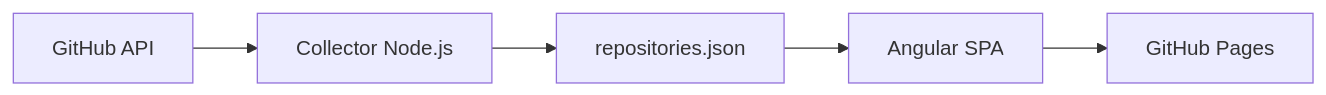
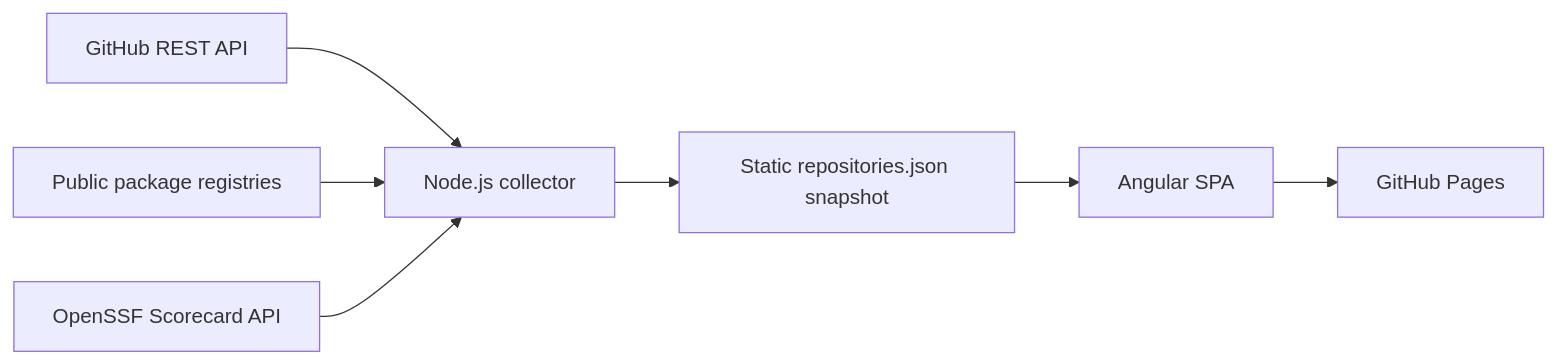
One commit to rodri-oliveira-dev/repo-status-dashboard changed the diagram in README.md. Above: the diagram before and after it, drawn with Mermaid. The commit also changed other lines of this file and 11 other files, not shown here.

````diff
--- a/README.md
+++ b/README.md
@@ -47,7 +38,9 @@
 ```mermaid
 flowchart LR
-    API[GitHub API] --> COL[Collector Node.js]
-    COL --> JSON[repositories.json]
+    API[GitHub REST API] --> COL[Node.js collector]
+    REG[Public package registries] --> COL
+    SCORE[OpenSSF Scorecard API] --> COL
+    COL --> JSON[Static repositories.json snapshot]
     JSON --> SPA[Angular SPA]
     SPA --> PAGES[GitHub Pages]
 ```
````
